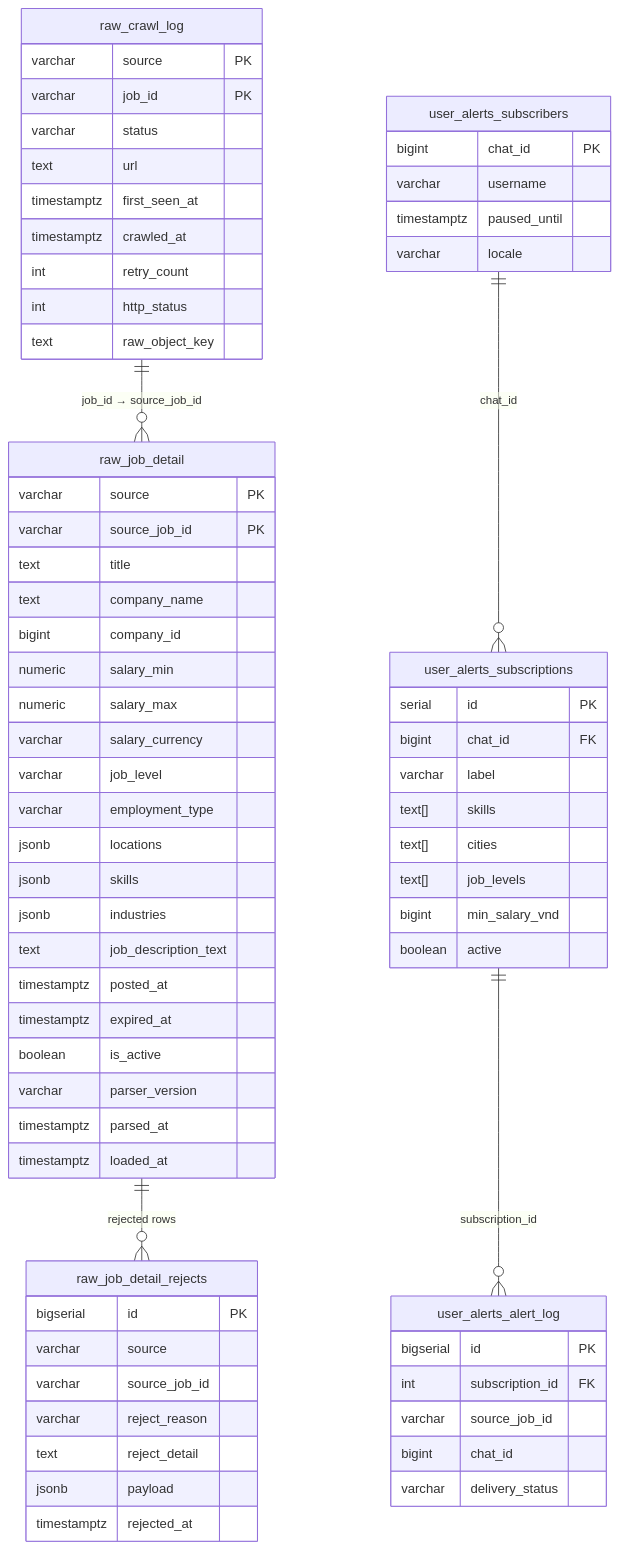
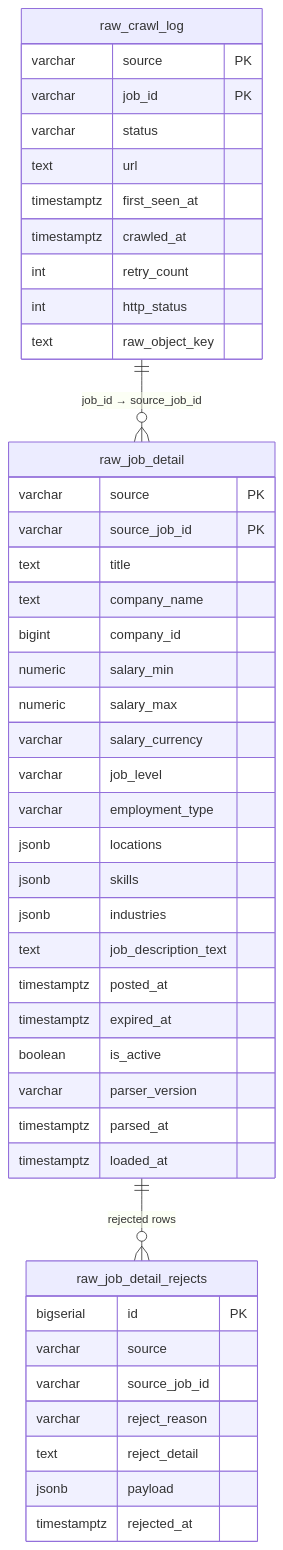
The sixth of 13 diagrams in docs/ARCHITECTURE.md (TalentPuse/TalentPulse_Pipeline_ETL-isolate), drawn with Mermaid before and after one commit. The commit also changed other lines of this file, not shown here.

First line of the commit message:
docs: remove legacy telegram-bot from ARCHITECTURE.md

````diff
--- a/docs/ARCHITECTURE.md
+++ b/docs/ARCHITECTURE.md
@@ -204,78 +204,50 @@
 ```mermaid
 erDiagram
     raw_crawl_log {
         varchar source PK
         varchar job_id PK
         varchar status
         text url
         timestamptz first_seen_at
         timestamptz crawled_at
         int retry_count
         int http_status
         text raw_object_key
     }
 
     raw_job_detail {
         varchar source PK
         varchar source_job_id PK
         text title
         text company_name
         bigint company_id
         numeric salary_min
         numeric salary_max
         varchar salary_currency
         varchar job_level
         varchar employment_type
         jsonb locations
         jsonb skills
         jsonb industries
         text job_description_text
         timestamptz posted_at
         timestamptz expired_at
         boolean is_active
         varchar parser_version
         timestamptz parsed_at
         timestamptz loaded_at
     }
 
     raw_job_detail_rejects {
         bigserial id PK
         varchar source
         varchar source_job_id
         varchar reject_reason
         text reject_detail
         jsonb payload
         timestamptz rejected_at
     }
 
-    user_alerts_subscribers {
-        bigint chat_id PK
-        varchar username
-        timestamptz paused_until
-        varchar locale
-    }
-
-    user_alerts_subscriptions {
-        serial id PK
-        bigint chat_id FK
-        varchar label
-        text[] skills
-        text[] cities
-        text[] job_levels
-        bigint min_salary_vnd
-        boolean active
-    }
-
-    user_alerts_alert_log {
-        bigserial id PK
-        int subscription_id FK
-        varchar source_job_id
-        bigint chat_id
-        varchar delivery_status
-    }
-
     raw_crawl_log ||--o{ raw_job_detail : "job_id → source_job_id"
     raw_job_detail ||--o{ raw_job_detail_rejects : "rejected rows"
-    user_alerts_subscribers ||--o{ user_alerts_subscriptions : "chat_id"
-    user_alerts_subscriptions ||--o{ user_alerts_alert_log : "subscription_id"
 ```
````
